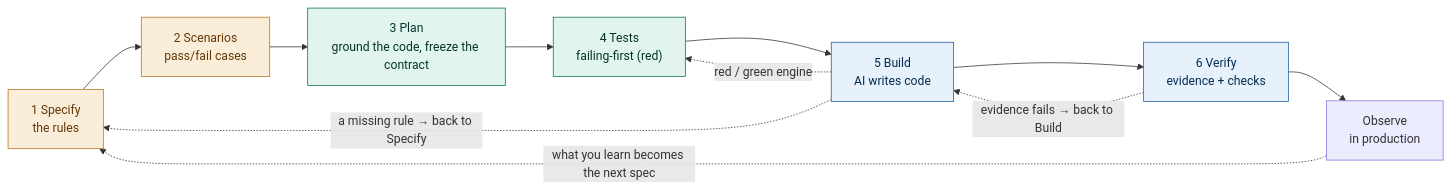
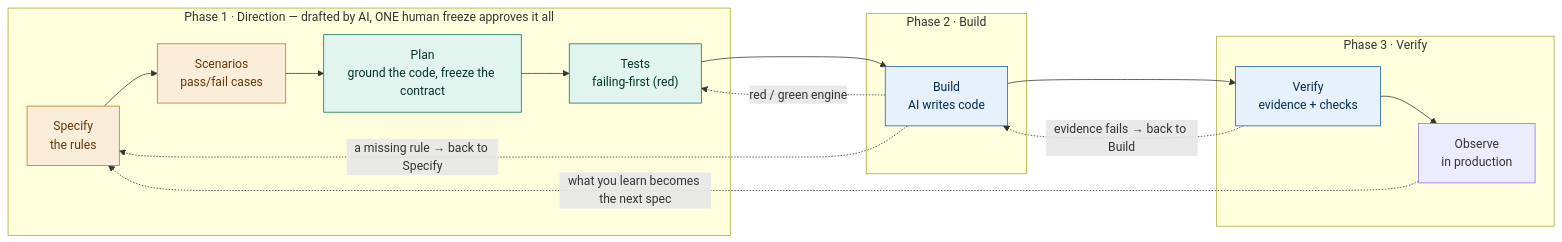
Before and after one commit to pilotspace/ADD: the diagram in add-method/src/add_method/_bundled/docs/02-the-flow.md, drawn with Mermaid. The commit also changed other lines of this file and 64 other files, not shown here.

````diff
--- a/add-method/src/add_method/_bundled/docs/02-the-flow.md
+++ b/add-method/src/add_method/_bundled/docs/02-the-flow.md
@@ -15,19 +15,26 @@
 ```mermaid
 flowchart LR
-  S1["1 Specify<br/>the rules"] --> S2["2 Scenarios<br/>pass/fail cases"]
-  S2 --> S3["3 Plan<br/>ground the code, freeze the contract"]
-  S3 --> S4["4 Tests<br/>failing-first (red)"]
-  S4 --> S5["5 Build<br/>AI writes code"]
-  S5 --> S6["6 Verify<br/>evidence + checks"]
-  S6 --> OBS["Observe<br/>in production"]
+  subgraph DIR["Phase 1 · Direction — drafted by AI, ONE human freeze approves it all"]
+    S1["Specify<br/>the rules"] --> S2["Scenarios<br/>pass/fail cases"]
+    S2 --> S3["Plan<br/>ground the code, freeze the contract"]
+    S3 --> S4["Tests<br/>failing-first (red)"]
+  end
+  subgraph BLD["Phase 2 · Build"]
+    S5["Build<br/>AI writes code"]
+  end
+  subgraph VER["Phase 3 · Verify"]
+    S6["Verify<br/>evidence + checks"] --> OBS["Observe<br/>in production"]
+  end
+  S4 --> S5
+  S5 --> S6
   S5 -. "red / green engine" .-> S4
   S6 -. "evidence fails → back to Build" .-> S5
   S5 -. "a missing rule → back to Specify" .-> S1
   OBS -. "what you learn becomes the next spec" .-> S1
   classDef human fill:#FAEEDA,stroke:#BA7517,color:#633806;
   classDef decision fill:#E1F5EE,stroke:#0F6E56,color:#04342C;
   classDef machine fill:#E6F1FB,stroke:#185FA5,color:#042C53;
   class S1,S2 human;
   class S3,S4 decision;
   class S5,S6 machine;
 ```
````
